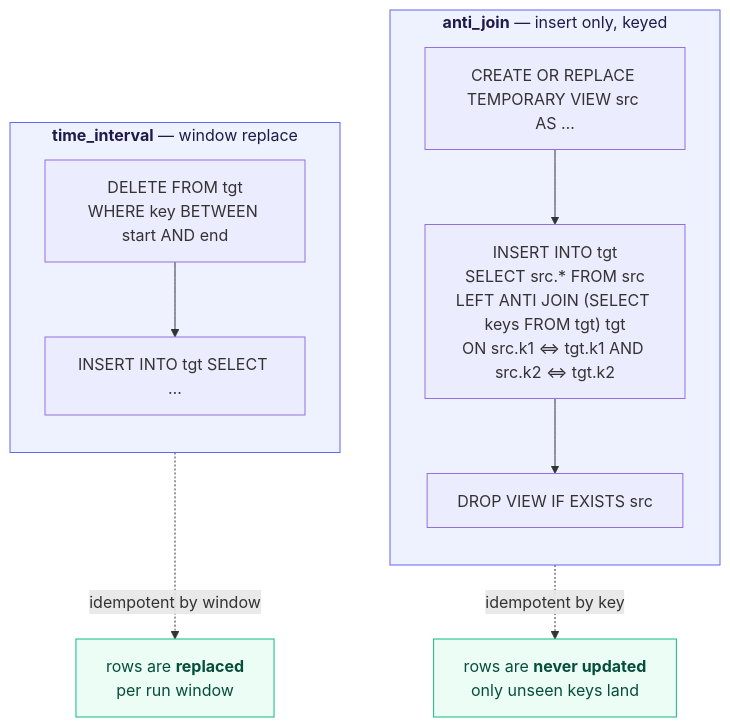
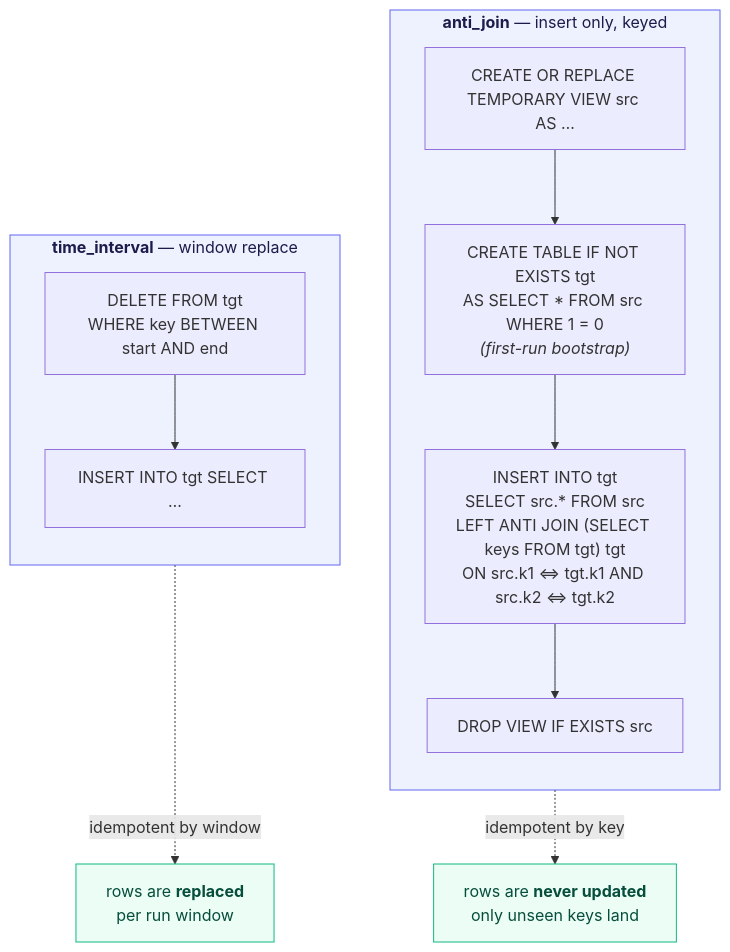
One commit to prestonh0/bruin_fabric_lakehouse changed the fifth of 6 diagrams in docs/DESIGN.md. Above: the diagram before and after it, drawn with Mermaid. The commit also changed 8 other files, not shown here.

````diff
--- a/docs/DESIGN.md
+++ b/docs/DESIGN.md
@@ -351,25 +351,26 @@
 ```mermaid
 flowchart TB
     subgraph AJ["<b>anti_join</b> — insert only, keyed"]
         direction TB
         AJ1["CREATE OR REPLACE TEMPORARY VIEW src AS …"]
+        AJ0["CREATE TABLE IF NOT EXISTS tgt<br/>AS SELECT * FROM src WHERE 1 = 0<br/><i>(first-run bootstrap)</i>"]
         AJ2["INSERT INTO tgt<br/>SELECT src.* FROM src<br/>LEFT ANTI JOIN (SELECT keys FROM tgt) tgt<br/>ON src.k1 &lt;=&gt; tgt.k1 AND src.k2 &lt;=&gt; tgt.k2"]
         AJ3["DROP VIEW IF EXISTS src"]
-        AJ1 --> AJ2 --> AJ3
+        AJ1 --> AJ0 --> AJ2 --> AJ3
     end
 
     subgraph TI["<b>time_interval</b> — window replace"]
         direction TB
         TI1["DELETE FROM tgt<br/>WHERE key BETWEEN start AND end"]
         TI2["INSERT INTO tgt SELECT …"]
         TI1 --> TI2
     end
 
     AJ -.->|"idempotent by key"| USE2["rows are <b>never updated</b><br/>only unseen keys land"]
     TI -.->|"idempotent by window"| USE1["rows are <b>replaced</b><br/>per run window"]
 
     classDef s fill:#eef2ff,stroke:#6366f1,color:#1e1b4b
     classDef o fill:#ecfdf5,stroke:#10b981,color:#064e3b
     class TI,AJ s
     class USE1,USE2 o
 ```
````
